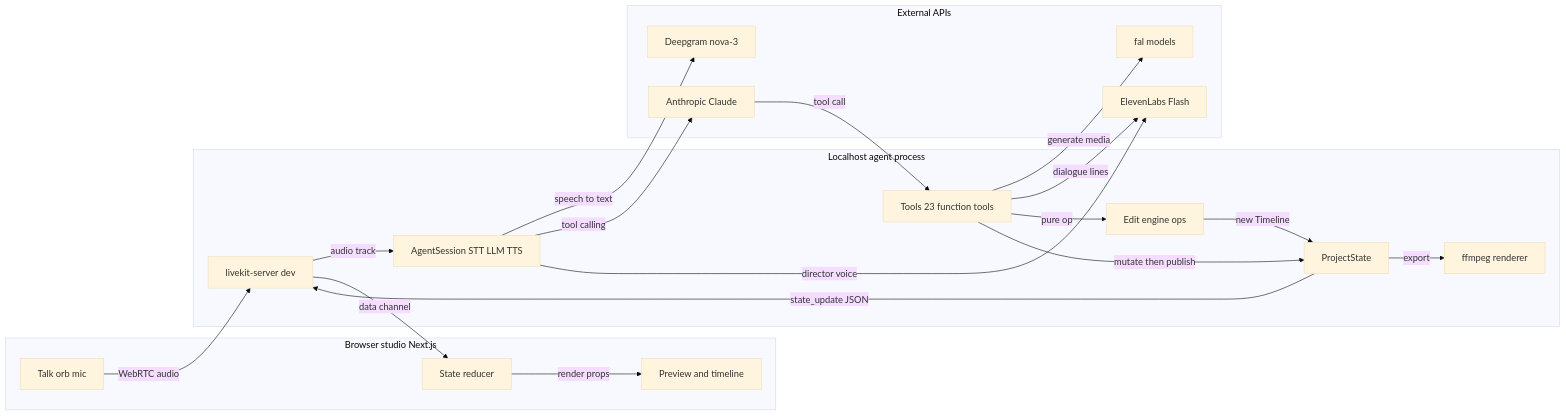
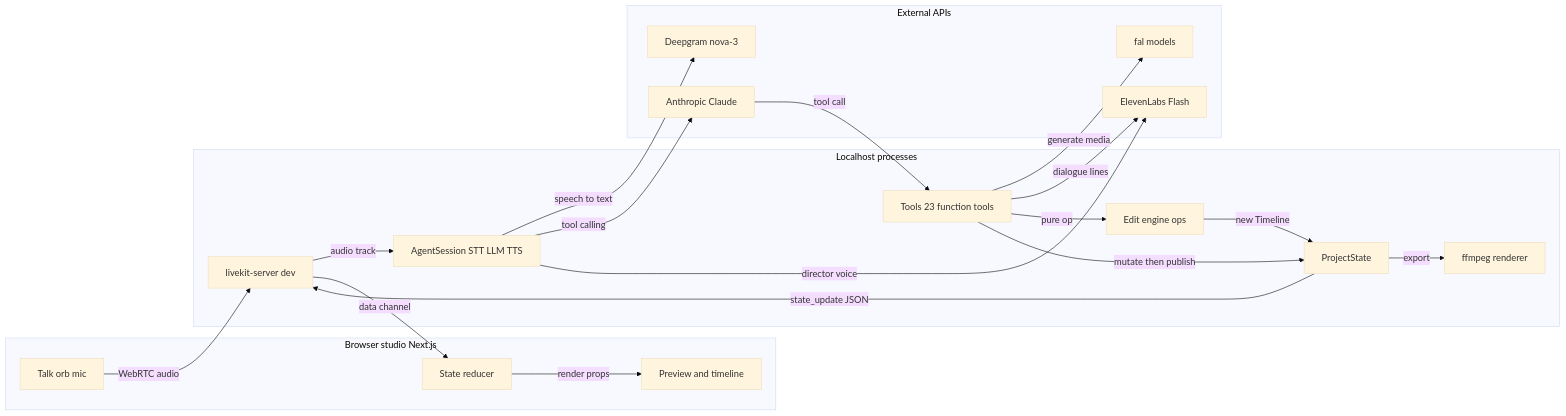
Before and after one commit to anirxdh/portfolio: the diagram in content/diagrams/director-fal-voice-video-editor-architecture.mmd, drawn with Mermaid (base theme). The commit also changed 122 other files, not shown here.

```diff
--- a/content/diagrams/director-fal-voice-video-editor-architecture.mmd
+++ b/content/diagrams/director-fal-voice-video-editor-architecture.mmd
@@ -1,35 +1,35 @@
-graph LR
+flowchart LR
   subgraph Browser[Browser studio Next.js]
     A[Talk orb mic]
     B[State reducer]
     C[Preview and timeline]
   end
-  subgraph Local[Localhost agent process]
+  subgraph Local[Localhost processes]
     D[livekit-server dev]
     E[AgentSession STT LLM TTS]
     F[Tools 23 function tools]
     G[ProjectState]
     H[Edit engine ops]
     I[ffmpeg renderer]
   end
   subgraph Cloud[External APIs]
     J[Deepgram nova-3]
     K[Anthropic Claude]
     L[ElevenLabs Flash]
     M[fal models]
   end
   A -->|WebRTC audio| D
   D -->|audio track| E
   E -->|speech to text| J
   E -->|tool calling| K
   E -->|director voice| L
   K -->|tool call| F
   F -->|generate media| M
   F -->|dialogue lines| L
   F -->|pure op| H
   H -->|new Timeline| G
   F -->|mutate then publish| G
   G -->|state_update JSON| D
   D -->|data channel| B
   B -->|render props| C
   G -->|export| I
```
